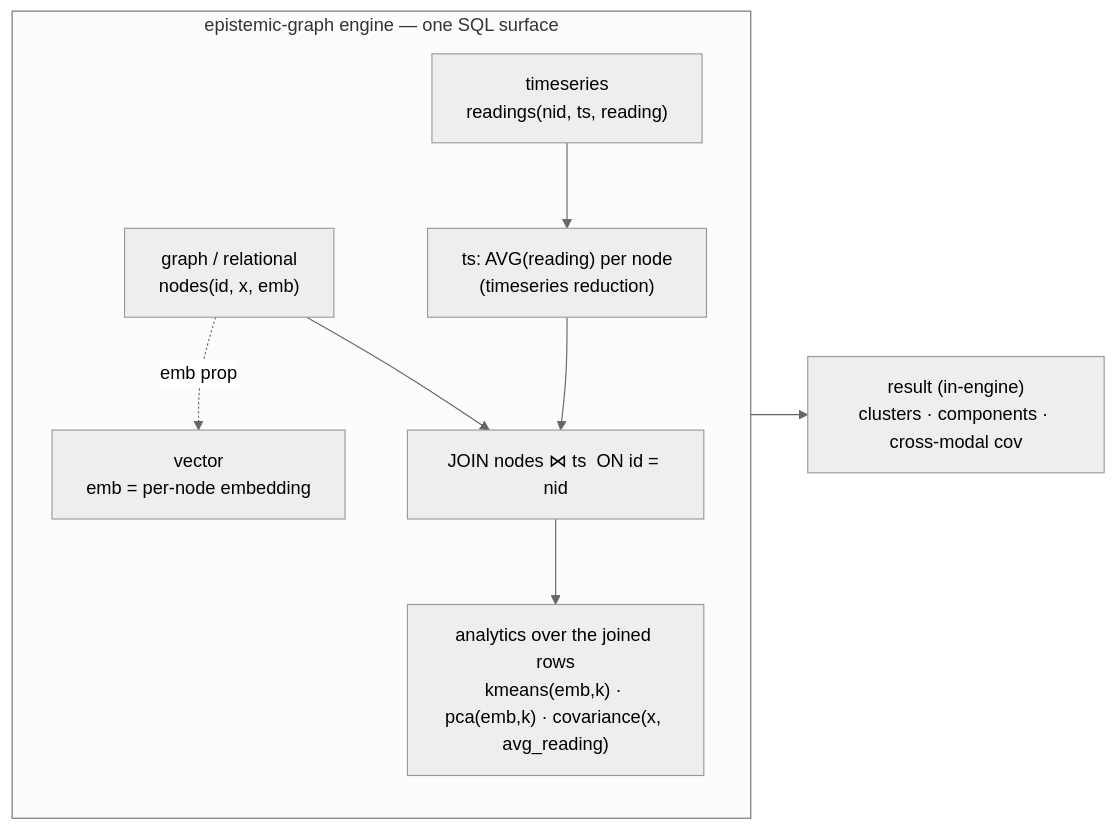
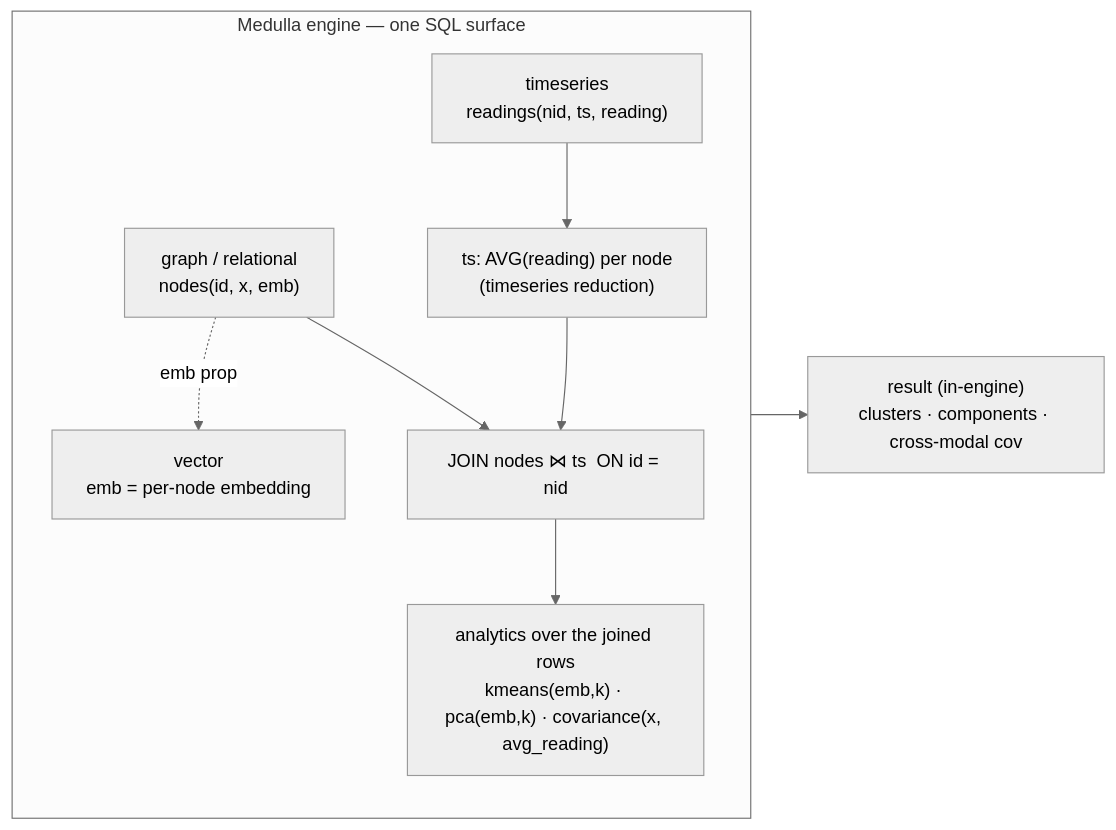
The third of 3 diagrams in docs/architecture/numeric_kernel.md (Knuckles-Team/epistemic-graph), drawn with Mermaid (neutral theme) before and after one commit. The commit also changed other lines of this file and 59 other files, not shown here.

````diff
--- a/docs/architecture/numeric_kernel.md
+++ b/docs/architecture/numeric_kernel.md
@@ -315,15 +315,15 @@
 ```mermaid
 flowchart LR
-    subgraph engine["epistemic-graph engine — one SQL surface"]
+    subgraph engine["Medulla engine — one SQL surface"]
       direction TB
       G["graph / relational<br/>nodes(id, x, emb)"]
       V["vector<br/>emb = per-node embedding"]
       T["timeseries<br/>readings(nid, ts, reading)"]
       G -. "emb prop" .-> V
       T --> AGG["ts: AVG(reading) per node<br/>(timeseries reduction)"]
       G --> JOIN["JOIN nodes ⋈ ts  ON id = nid"]
       AGG --> JOIN
       JOIN --> AN["analytics over the joined rows<br/>kmeans(emb,k) · pca(emb,k) · covariance(x, avg_reading)"]
     end
     AN --> R["result (in-engine)<br/>clusters · components · cross-modal cov"]
 ```
````
